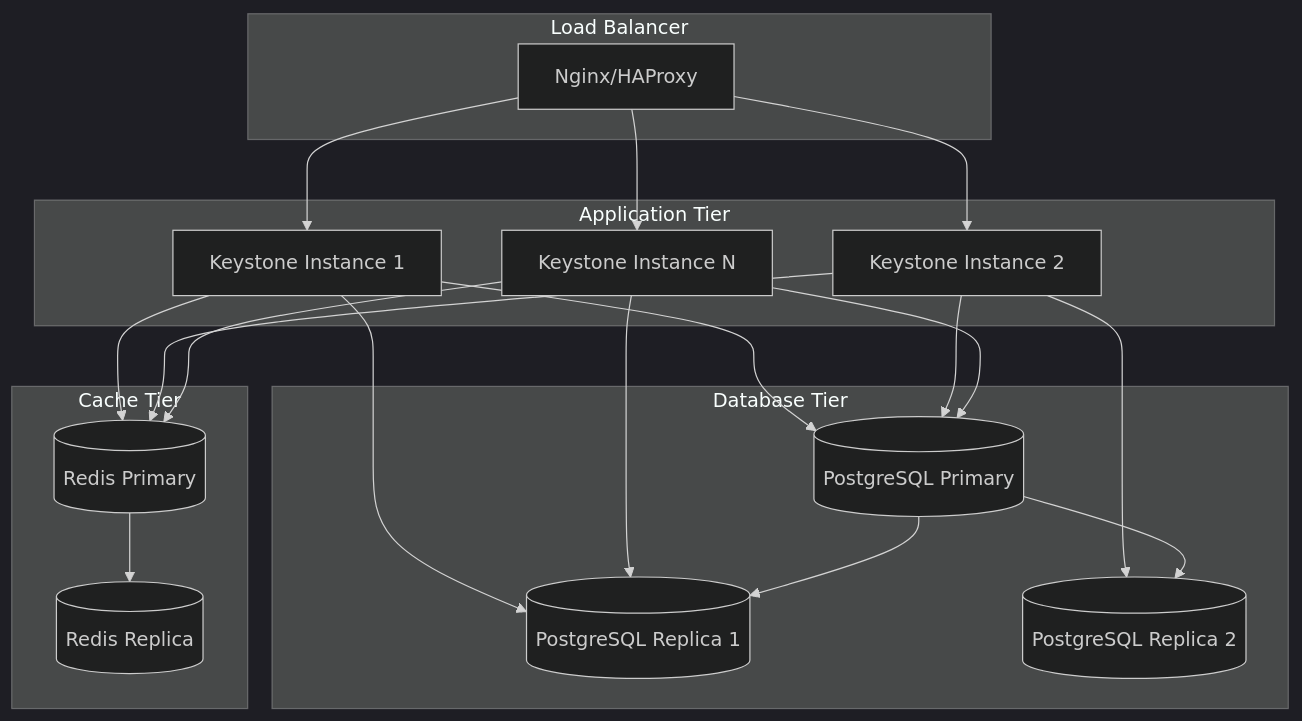
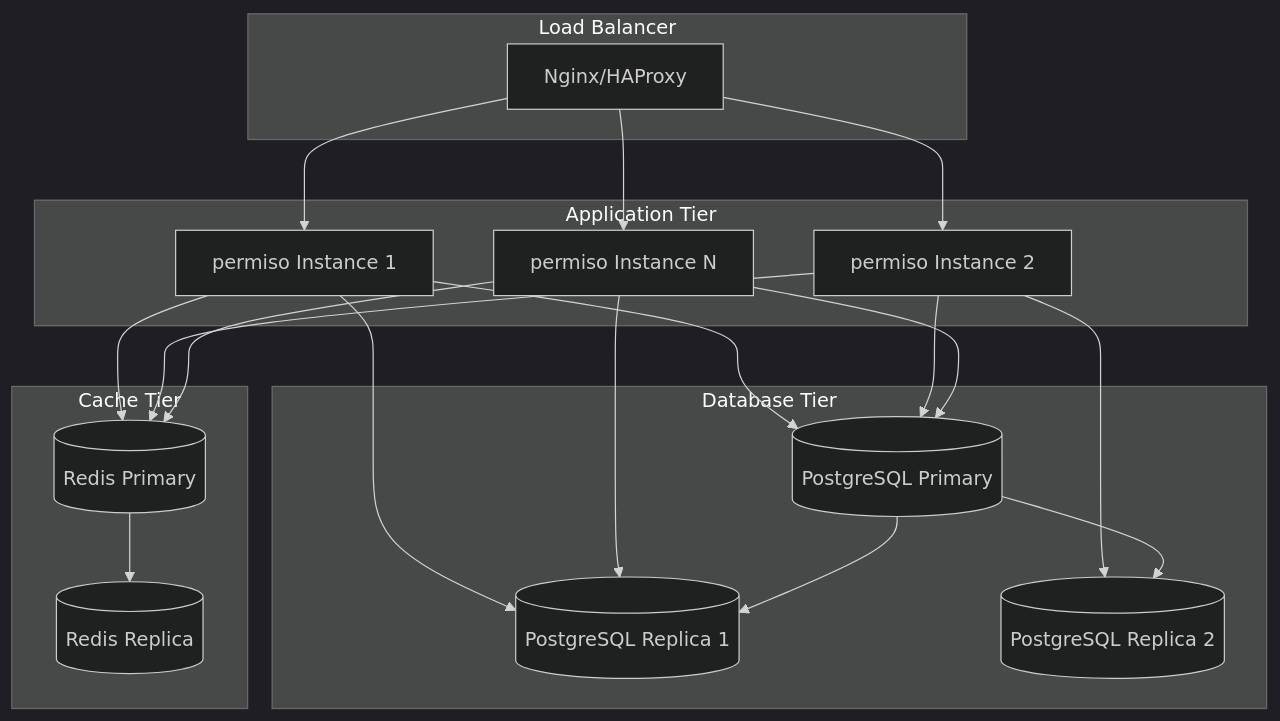
The seventh of 7 diagrams in docs/architecture/overview.md (zakaria-lahyani/permiso), drawn with Mermaid (dark theme) before and after one commit. The commit also changed other lines of this file and 66 other files, not shown here.

````diff
--- a/docs/architecture/overview.md
+++ b/docs/architecture/overview.md
@@ -550,43 +550,43 @@
 ```mermaid
 graph TB
     subgraph "Load Balancer"
         LB[Nginx/HAProxy]
     end
     
     subgraph "Application Tier"
-        APP1[Keystone Instance 1]
-        APP2[Keystone Instance 2]
-        APP3[Keystone Instance N]
+        APP1[permiso Instance 1]
+        APP2[permiso Instance 2]
+        APP3[permiso Instance N]
     end
     
     subgraph "Database Tier"
         PG_PRIMARY[(PostgreSQL Primary)]
         PG_REPLICA1[(PostgreSQL Replica 1)]
         PG_REPLICA2[(PostgreSQL Replica 2)]
     end
     
     subgraph "Cache Tier"
         REDIS_PRIMARY[(Redis Primary)]
         REDIS_REPLICA[(Redis Replica)]
     end
     
     LB --> APP1
     LB --> APP2
     LB --> APP3
     
     APP1 --> PG_PRIMARY
     APP1 --> PG_REPLICA1
     APP1 --> REDIS_PRIMARY
     
     APP2 --> PG_PRIMARY
     APP2 --> PG_REPLICA2
     APP2 --> REDIS_PRIMARY
     
     APP3 --> PG_PRIMARY
     APP3 --> PG_REPLICA1
     APP3 --> REDIS_PRIMARY
     
     PG_PRIMARY --> PG_REPLICA1
     PG_PRIMARY --> PG_REPLICA2
     REDIS_PRIMARY --> REDIS_REPLICA
 ```
````
